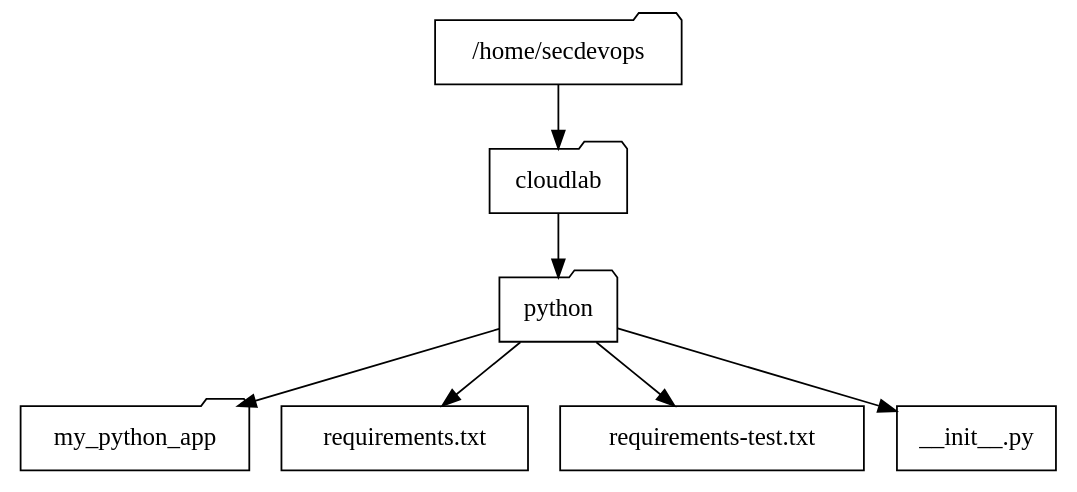
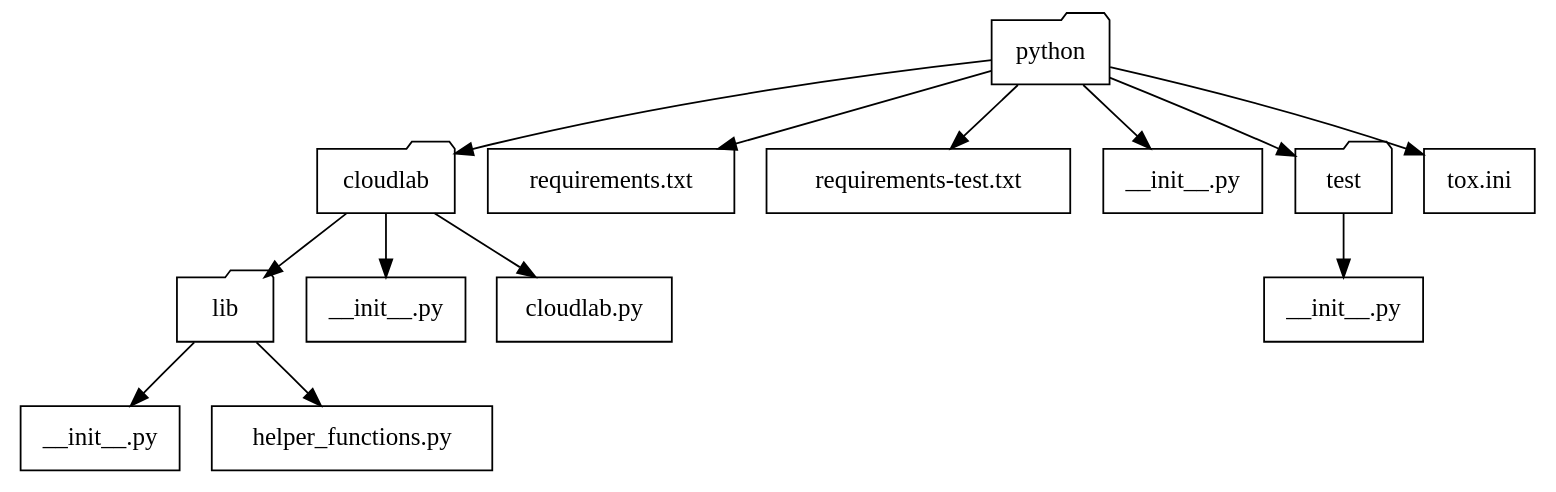
One commit to ajcborges/devsecops-tactical-workbook changed the diagram in docs/_source/python.rst. Above: the diagram before and after it, drawn with Graphviz. The commit also changed other lines of this file and 17 other files, not shown here.

```diff
--- a/docs/_source/python.rst
+++ b/docs/_source/python.rst
@@ -165,19 +189,32 @@
 .. graphviz::
    :caption: Project Directory
    :align: center
 
    digraph folders {
-      "/home/secdevops" [shape=folder];
-      "cloudlab" [shape=folder];
-      "python" [shape=folder];
-      "my_python_app" [shape=folder];
-      "requirements.txt" [shape=rectangle];
-      "requirements-test.txt" [shape=rectangle];
-      "__init__.py" [shape=rectangle];
-      "/home/secdevops" -> "cloudlab";
-      "cloudlab" -> "python";
-      "python" -> "__init__.py";
-      "python" -> "requirements.txt";
-      "python" -> "requirements-test.txt";
-      "python" -> "my_python_app";
+      1 [label="python", shape=folder];
+      2 [label="cloudlab", shape=folder];
+      3 [label="lib", shape=folder];
+      4 [label="requirements.txt", shape=rectangle];
+      5 [label="requirements-test.txt", shape=rectangle];
+      6 [label="__init__.py", shape=rectangle];
+      7 [label="__init__.py", shape=rectangle];
+      8 [label="test", shape=folder];
+      9 [label="cloudlab.py", shape=rectangle];
+      A [label="__init__.py", shape=rectangle];
+      B [label="__init__.py", shape=rectangle];
+      C [label="tox.ini", shape=rectangle];
+      D [label="helper_functions.py", shape=rectangle];
+
+      1 -> 2;
+      1 -> 6;
+      2 -> 3;
+      1 -> 4;
+      1 -> 5;
+      2 -> 7;
+      1 -> 8;
+      2 -> 9;
+      8 -> A;
+      3 -> B;
+      1 -> C;
+      3 -> D;
    }
```
